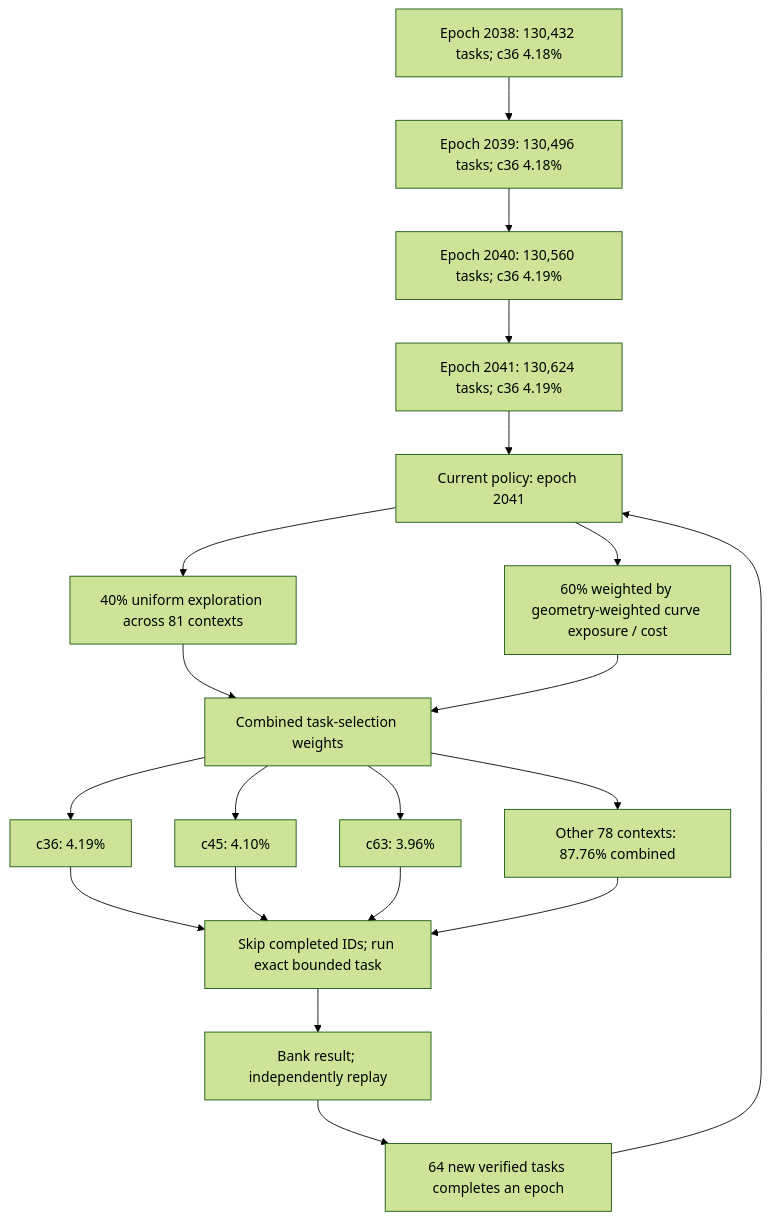
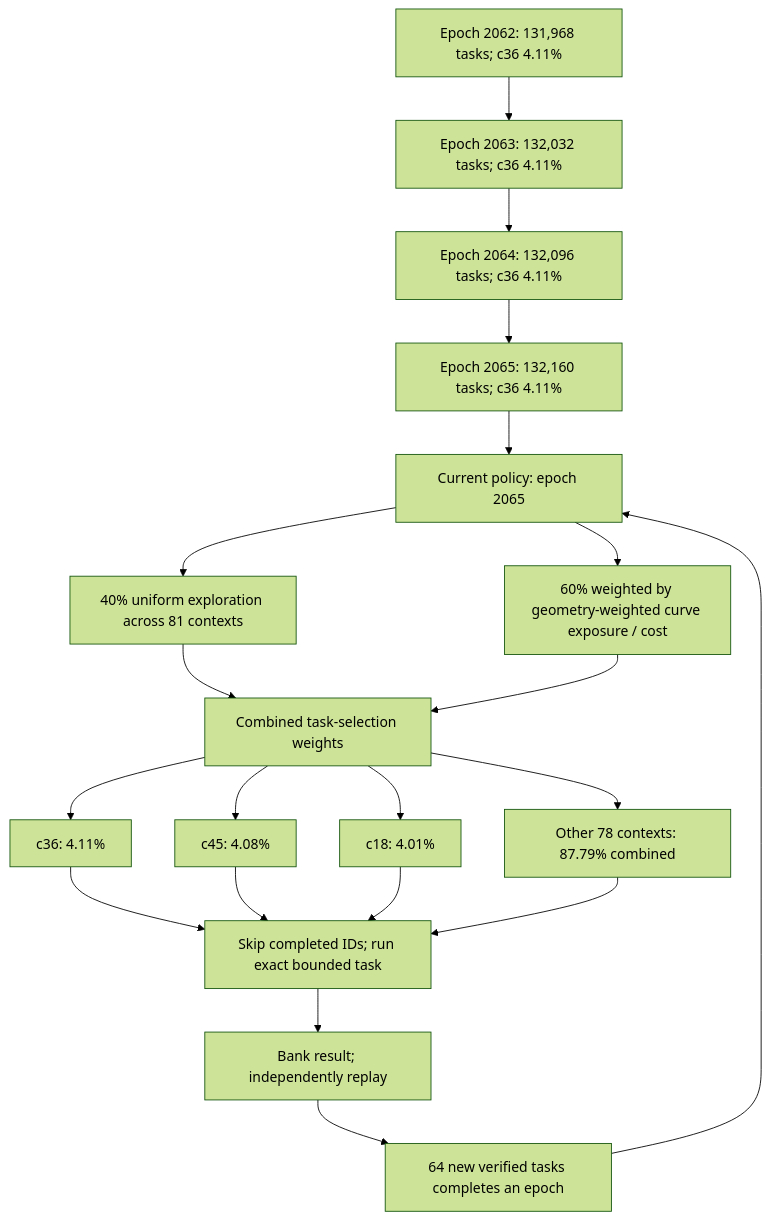
One commit to Kuberwastaken/math-gambling changed the first of 3 diagrams in README.md. Above: the diagram before and after it, drawn with Mermaid (forest theme). The commit also changed other lines of this file and 3124 other files, not shown here.

````diff
--- a/README.md
+++ b/README.md
@@ -56,27 +56,27 @@
 ```mermaid
 flowchart TD
-    H0["Epoch 2038: 130,432 tasks; c36 4.18%"]
-    H1["Epoch 2039: 130,496 tasks; c36 4.18%"]
+    H0["Epoch 2062: 131,968 tasks; c36 4.11%"]
+    H1["Epoch 2063: 132,032 tasks; c36 4.11%"]
     H0 --> H1
-    H2["Epoch 2040: 130,560 tasks; c36 4.19%"]
+    H2["Epoch 2064: 132,096 tasks; c36 4.11%"]
     H1 --> H2
-    H3["Epoch 2041: 130,624 tasks; c36 4.19%"]
+    H3["Epoch 2065: 132,160 tasks; c36 4.11%"]
     H2 --> H3
-    Policy["Current policy: epoch 2041"]
+    Policy["Current policy: epoch 2065"]
     H3 --> Policy
     Policy --> Explore["40% uniform exploration across 81 contexts"]
     Policy --> Cost["60% weighted by geometry-weighted curve exposure / cost"]
     Explore --> Mix["Combined task-selection weights"]
     Cost --> Mix
-    Mix --> C0["c36: 4.19%"]
-    Mix --> C1["c45: 4.10%"]
-    Mix --> C2["c63: 3.96%"]
-    Mix --> Rest["Other 78 contexts: 87.76% combined"]
+    Mix --> C0["c36: 4.11%"]
+    Mix --> C1["c45: 4.08%"]
+    Mix --> C2["c18: 4.01%"]
+    Mix --> Rest["Other 78 contexts: 87.79% combined"]
     C0 --> Check["Skip completed IDs; run exact bounded task"]
     C1 --> Check
     C2 --> Check
     Rest --> Check
     Check --> Replay["Bank result; independently replay"]
     Replay --> Gate["64 new verified tasks completes an epoch"]
     Gate --> Policy
 ```
````
